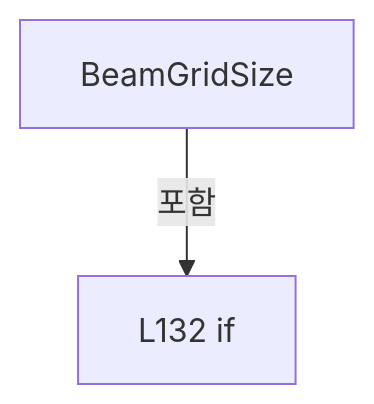
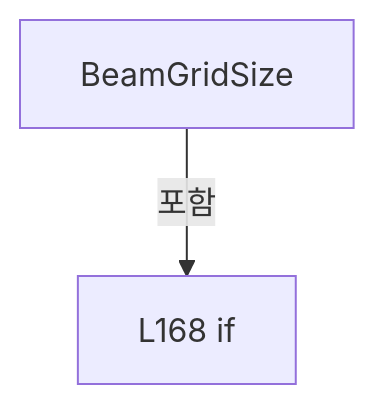
One commit to kjuws10-rgb/Shared changed diagram 11 of 16 in A3 LD Code Ref/files/Drilling.Common/Correction/CDefaultOffsetCalibration.cs.md. Above: the diagram before and after it, drawn with Mermaid. The commit also changed other lines of this file and 1984 other files, not shown here.

Commit message:
docs(a3): update 11.17.0 architecture and complete code reference

````diff
--- a/A3 LD Code Ref/files/Drilling.Common/Correction/CDefaultOffsetCalibration.cs.md
+++ b/A3 LD Code Ref/files/Drilling.Common/Correction/CDefaultOffsetCalibration.cs.md
@@ -875,6 +1098,6 @@
 ```mermaid
 flowchart TD
  M["BeamGridSize"]
- N0["L132 if"]
+ N0["L168 if"]
  M -->|포함| N0
 ```
````
